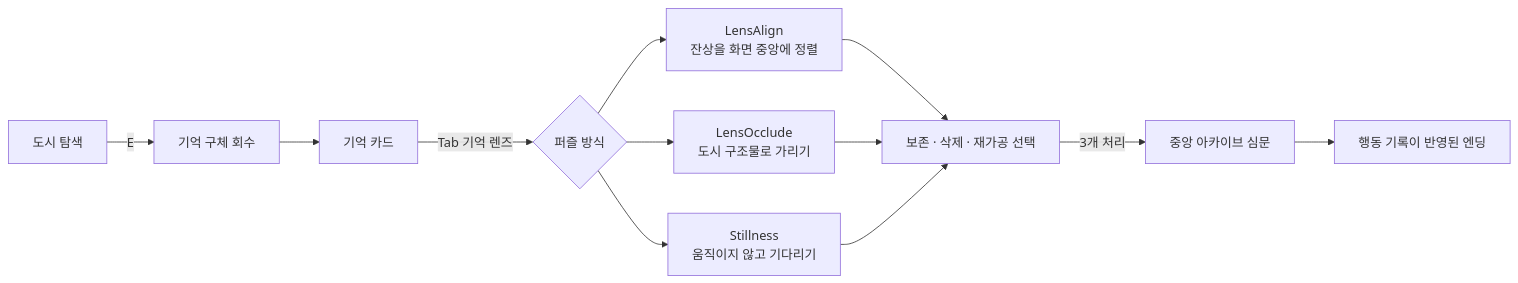
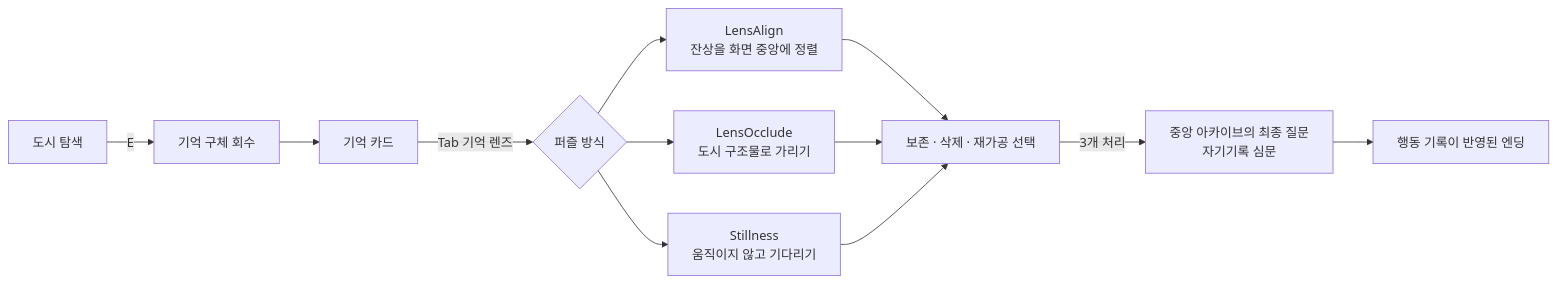
Before and after one commit to junido7185/memory-recycler: the diagram in README.md, drawn with Mermaid. The commit also changed other lines of this file and 3 other files, not shown here.

````diff
--- a/README.md
+++ b/README.md
@@ -22,12 +26,12 @@
 ```mermaid
 flowchart LR
   A[도시 탐색] -->|E| B[기억 구체 회수]
   B --> C[기억 카드]
   C -->|Tab 기억 렌즈| D{퍼즐 방식}
   D --> D1[LensAlign<br/>잔상을 화면 중앙에 정렬]
   D --> D2[LensOcclude<br/>도시 구조물로 가리기]
   D --> D3[Stillness<br/>움직이지 않고 기다리기]
   D1 & D2 & D3 --> E[보존 · 삭제 · 재가공 선택]
-  E -->|3개 처리| F[중앙 아카이브 심문]
+  E -->|3개 처리| F[중앙 아카이브의 최종 질문<br/>자기기록 심문]
   F --> G[행동 기록이 반영된 엔딩]
 ```
````
